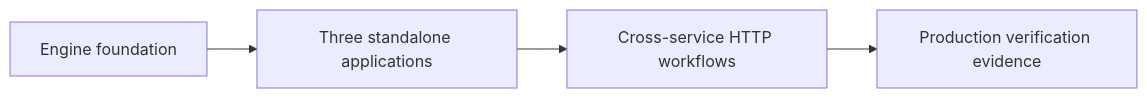
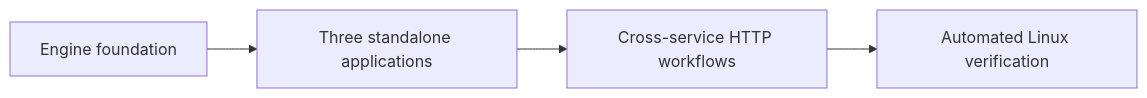
The first of 2 diagrams in docs/roadmap.md (zoe606/gobase), drawn with Mermaid before and after one commit. The commit also changed other lines of this file and 3 other files, not shown here.

````diff
--- a/docs/roadmap.md
+++ b/docs/roadmap.md
@@ -31,6 +31,6 @@
 ```mermaid
 flowchart LR
     Foundation[Engine foundation] --> Applications[Three standalone applications]
     Applications --> HTTP[Cross-service HTTP workflows]
-    HTTP --> Evidence[Production verification evidence]
+    HTTP --> Evidence[Automated Linux verification]
 ```
````
